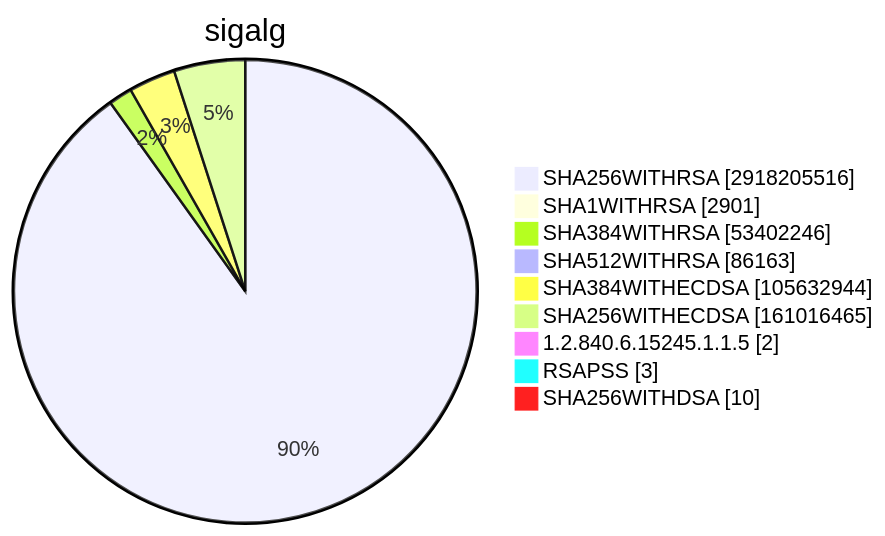
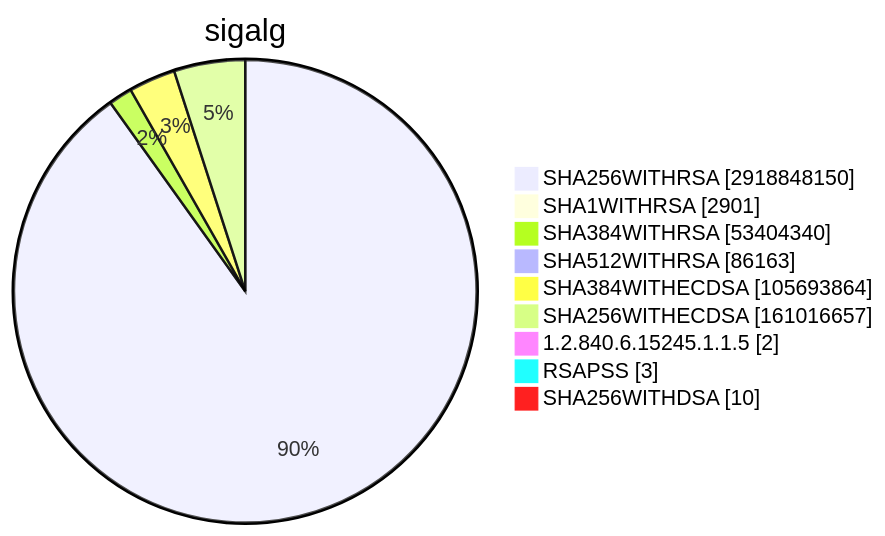
One commit to christiankrug/ctmonitor_visualization changed diagram 15 of 15 in TOTAL/README.md. Above: the diagram before and after it, drawn with Mermaid. The commit also changed other lines of this file, not shown here.

````diff
--- a/TOTAL/README.md
+++ b/TOTAL/README.md
@@ -6207,13 +6207,13 @@
 ```mermaid
 pie showData
 title sigalg
-"SHA256WITHRSA" :2918205516
+"SHA256WITHRSA" :2918848150
 "SHA1WITHRSA" :2901
-"SHA384WITHRSA" :53402246
+"SHA384WITHRSA" :53404340
 "SHA512WITHRSA" :86163
-"SHA384WITHECDSA" :105632944
-"SHA256WITHECDSA" :161016465
+"SHA384WITHECDSA" :105693864
+"SHA256WITHECDSA" :161016657
 "1.2.840.6.15245.1.1.5" :2
 "RSAPSS" :3
 "SHA256WITHDSA" :10
 ```
````
